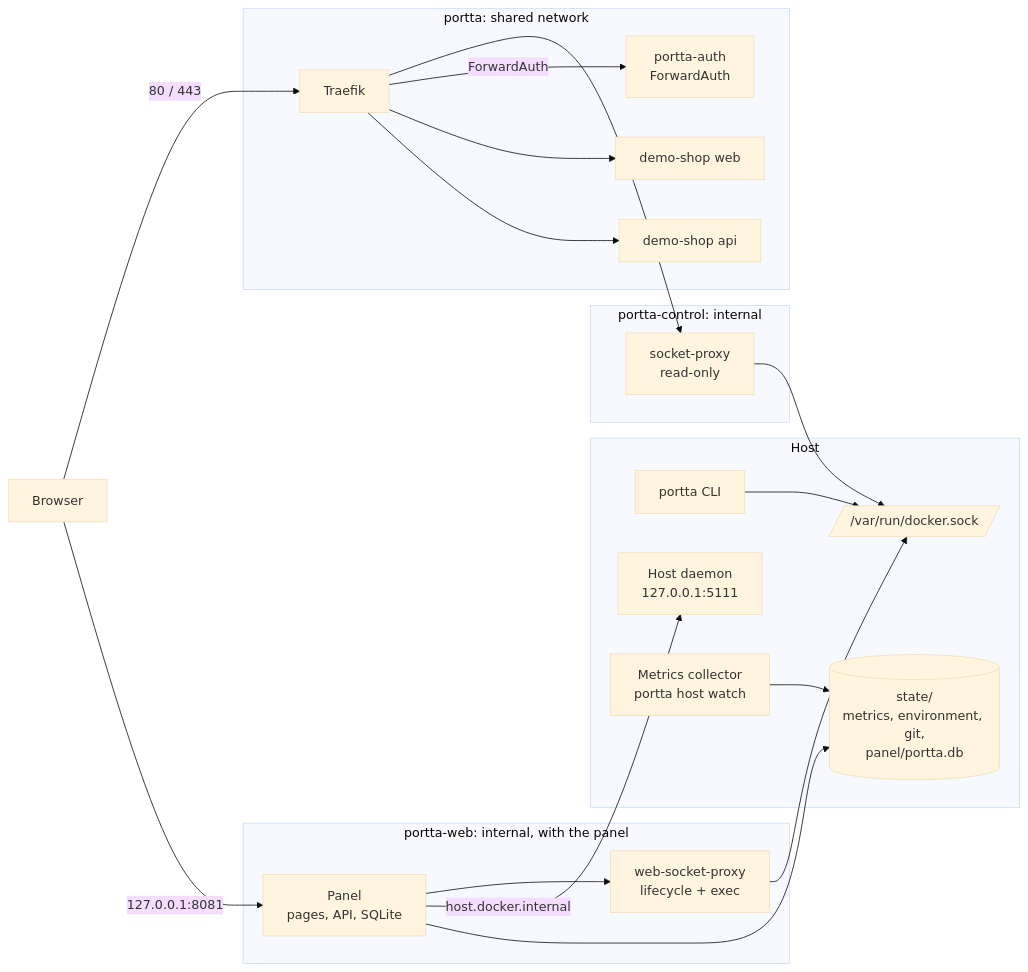
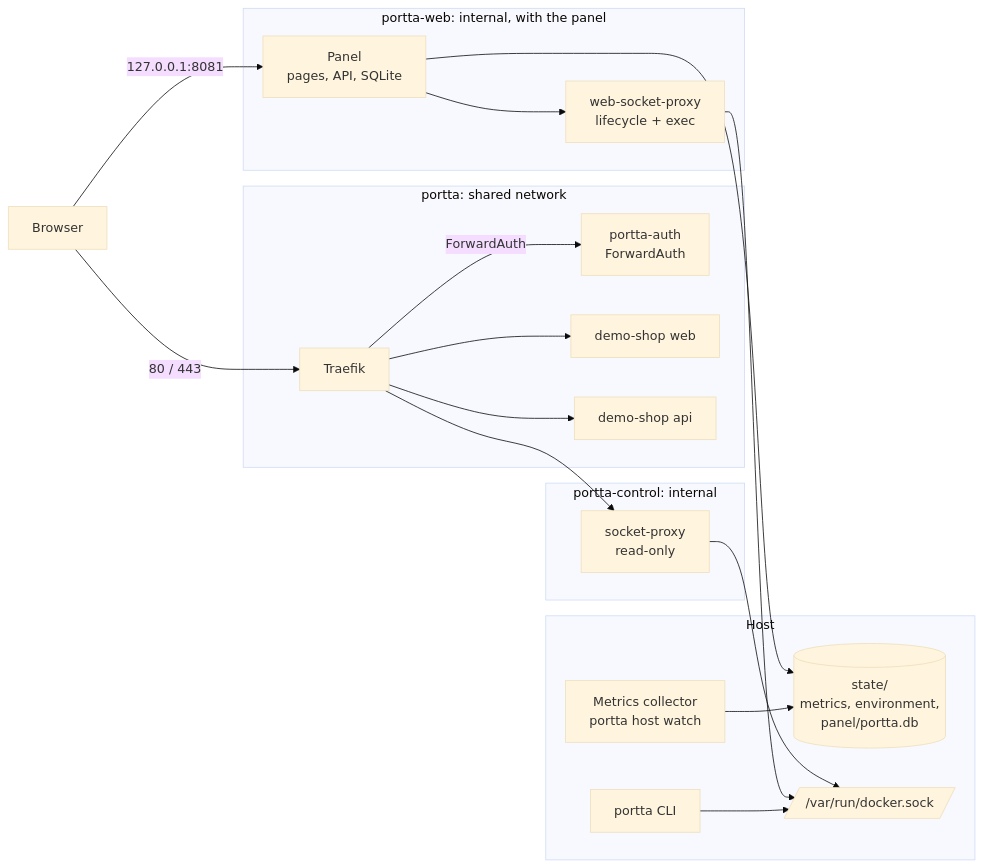
The first of 3 diagrams in docs/product/concepts/architecture.md (codions-labs/portta), drawn with Mermaid (base theme) before and after one commit. The commit also changed other lines of this file and 50 other files, not shown here.

````diff
--- a/docs/product/concepts/architecture.md
+++ b/docs/product/concepts/architecture.md
@@ -15,39 +15,37 @@
 ```mermaid
 flowchart LR
     subgraph host [Host]
         CLI["portta CLI"]
-        HD["Host daemon<br/>127.0.0.1:5111"]
         MC["Metrics collector<br/>portta host watch"]
-        STATE[("state/<br/>metrics, environment, git,<br/>panel/portta.db")]
+        STATE[("state/<br/>metrics, environment,<br/>panel/portta.db")]
         SOCK[/"/var/run/docker.sock"/]
     end
 
     subgraph control [portta-control: internal]
         SP["socket-proxy<br/>read-only"]
     end
 
     subgraph shared [portta: shared network]
         T[Traefik]
         AUTH["portta-auth<br/>ForwardAuth"]
         APP1["demo-shop web"]
         APP2["demo-shop api"]
     end
 
     subgraph webnet [portta-web: internal, with the panel]
         WEB["Panel<br/>pages, API, SQLite"]
         WSP["web-socket-proxy<br/>lifecycle + exec"]
     end
 
     Browser -- "80 / 443" --> T
     T --> SP
     SP --> SOCK
     T -- "ForwardAuth" --> AUTH
     T --> APP1 & APP2
     Browser -- "127.0.0.1:8081" --> WEB
     WEB --> WSP
     WSP --> SOCK
-    WEB -- "host.docker.internal" --> HD
     WEB --> STATE
     MC --> STATE
     CLI --> SOCK
 ```
````
